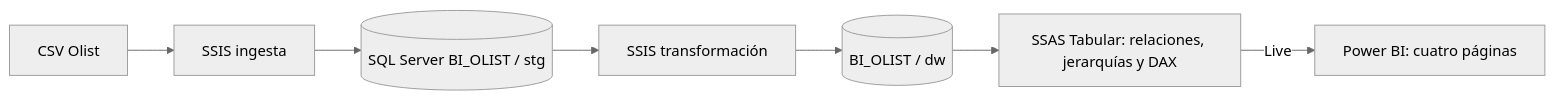
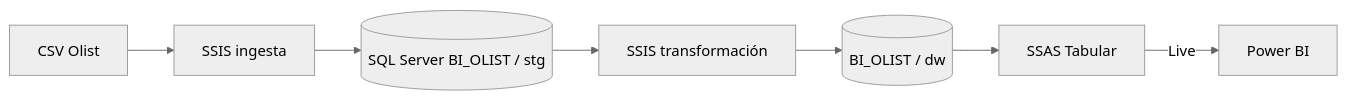
Before and after one commit to mrcastilla8/Proyecto-BI: the diagram in README.md, drawn with Mermaid (neutral theme). The commit also changed other lines of this file and 2 other files, not shown here.

````diff
--- a/README.md
+++ b/README.md
@@ -5,6 +5,6 @@
 ```mermaid
 flowchart LR
  CSV[CSV Olist] --> I[SSIS ingesta] --> S[(SQL Server BI_OLIST / stg)]
- S --> T[SSIS transformación] --> D[(BI_OLIST / dw)] --> A[SSAS Tabular: relaciones, jerarquías y DAX]
- A -->|Live| P[Power BI: cuatro páginas]
+ S --> T[SSIS transformación] --> D[(BI_OLIST / dw)] --> A[SSAS Tabular]
+ A -->|Live| P[Power BI]
 ```
````
